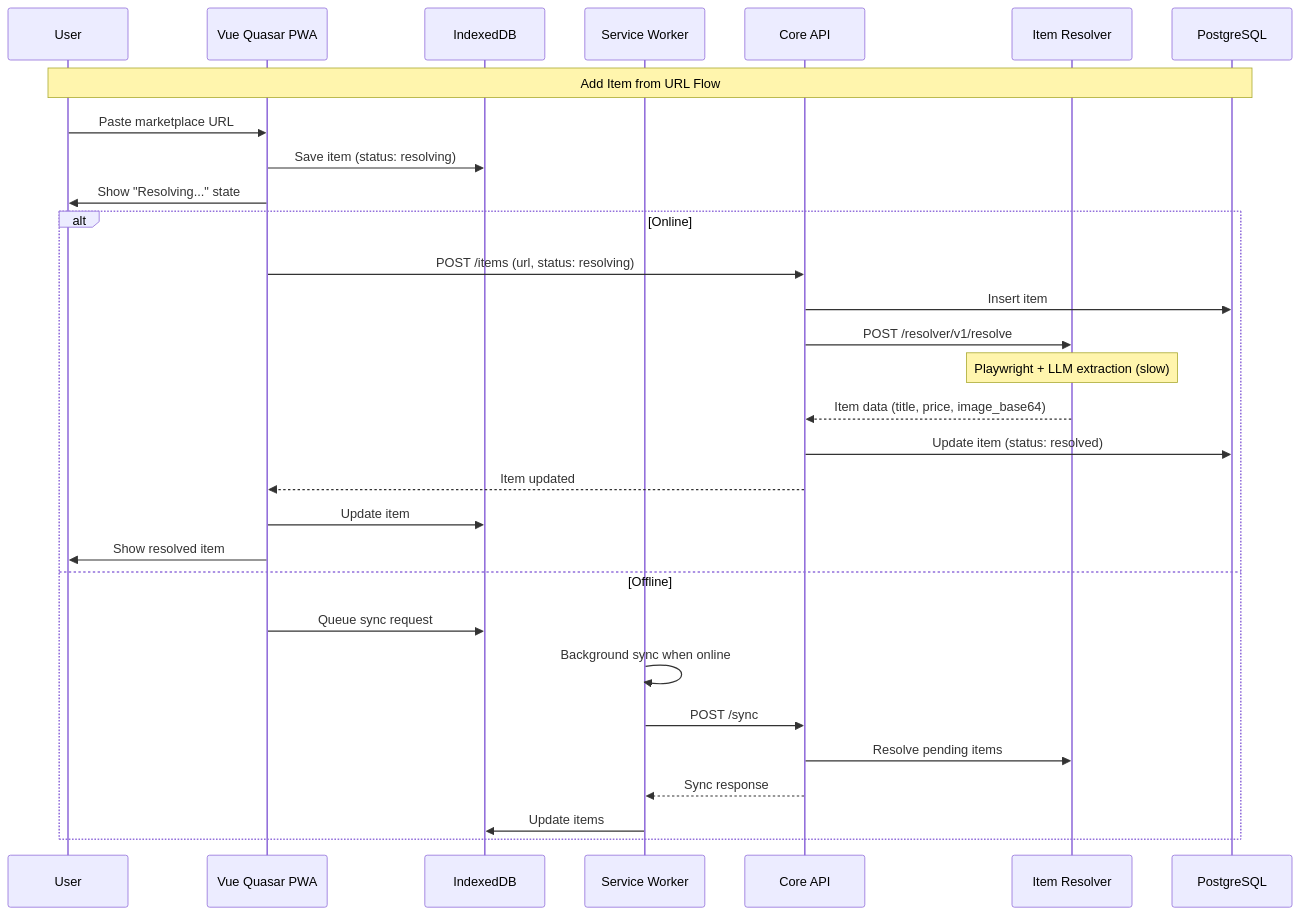
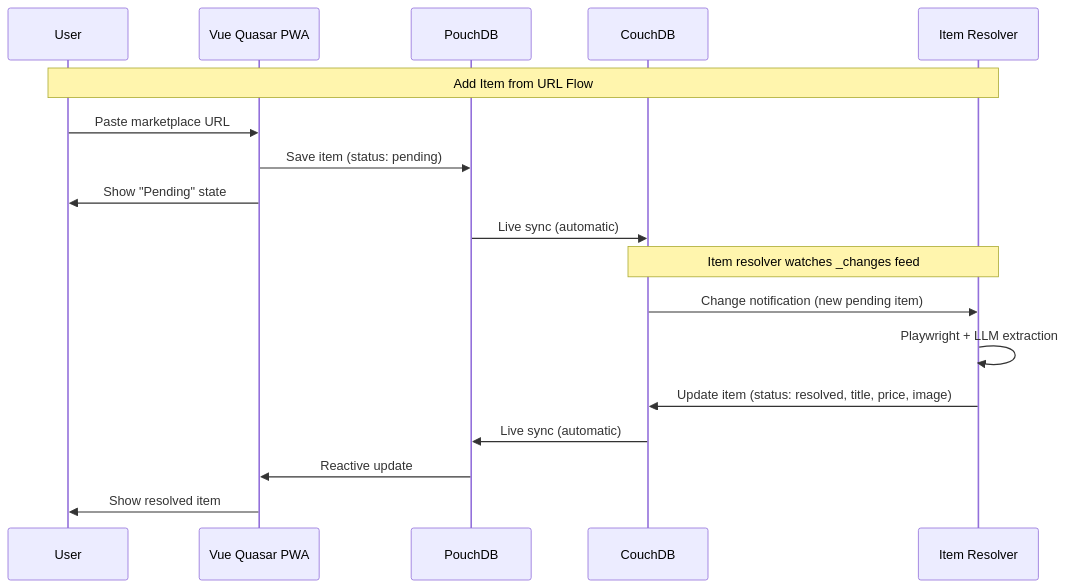
Before and after one commit to mrkutin/wish-with-me-codex: the third of 5 diagrams in docs/01-architecture.md, drawn with Mermaid. The commit also changed other lines of this file and 13 other files, not shown here.

First line of the commit message:
Update all documentation for CouchDB/PouchDB architecture

````diff
--- a/docs/01-architecture.md
+++ b/docs/01-architecture.md
@@ -84,35 +76,24 @@
 ```mermaid
 sequenceDiagram
     participant U as User
     participant PWA as Vue Quasar PWA
-    participant IDB as IndexedDB
-    participant SW as Service Worker
-    participant API as Core API
+    participant PDB as PouchDB
+    participant CDB as CouchDB
     participant IR as Item Resolver
-    participant DB as PostgreSQL
 
-    Note over U,DB: Add Item from URL Flow
+    Note over U,IR: Add Item from URL Flow
 
     U->>PWA: Paste marketplace URL
-    PWA->>IDB: Save item (status: resolving)
-    PWA->>U: Show "Resolving..." state
+    PWA->>PDB: Save item (status: pending)
+    PWA->>U: Show "Pending" state
+    PDB->>CDB: Live sync (automatic)
 
-    alt Online
-        PWA->>API: POST /items (url, status: resolving)
-        API->>DB: Insert item
-        API->>IR: POST /resolver/v1/resolve
-        Note over IR: Playwright + LLM extraction (slow)
-        IR-->>API: Item data (title, price, image_base64)
-        API->>DB: Update item (status: resolved)
-        API-->>PWA: Item updated
-        PWA->>IDB: Update item
-        PWA->>U: Show resolved item
-    else Offline
-        PWA->>IDB: Queue sync request
-        SW->>SW: Background sync when online
-        SW->>API: POST /sync
-        API->>IR: Resolve pending items
-        API-->>SW: Sync response
-        SW->>IDB: Update items
-    end
+    Note over CDB,IR: Item resolver watches _changes feed
+
+    CDB->>IR: Change notification (new pending item)
+    IR->>IR: Playwright + LLM extraction
+    IR->>CDB: Update item (status: resolved, title, price, image)
+    CDB->>PDB: Live sync (automatic)
+    PDB->>PWA: Reactive update
+    PWA->>U: Show resolved item
 ```
````
